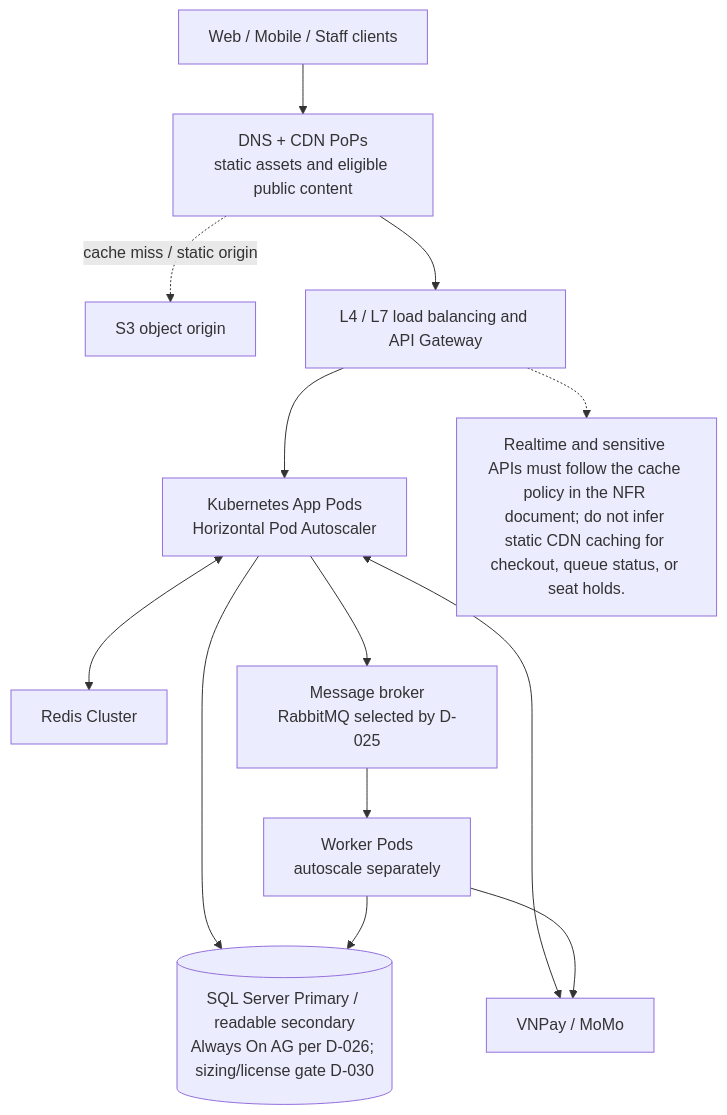
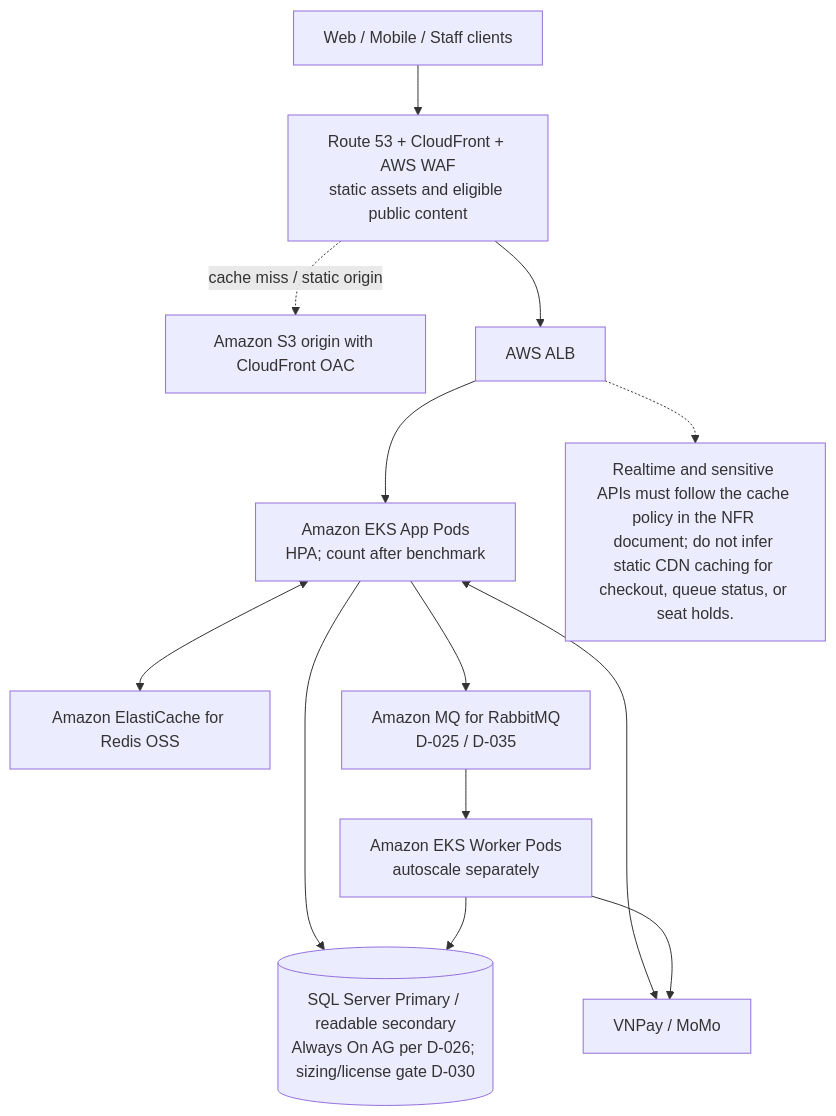
One commit to toanteng11/concert-ticketing-docs changed the diagram in business-analysis/04_Capacity_Planning_And_Resource_Estimation/03_Bandwidth_CDN_And_Server_Estimation.md. Above: the diagram before and after it, drawn with Mermaid. The commit also changed other lines of this file and 43 other files, not shown here.

````diff
--- a/business-analysis/04_Capacity_Planning_And_Resource_Estimation/03_Bandwidth_CDN_And_Server_Estimation.md
+++ b/business-analysis/04_Capacity_Planning_And_Resource_Estimation/03_Bandwidth_CDN_And_Server_Estimation.md
@@ -102,23 +104,23 @@
 ```mermaid
 flowchart TB
   clients["Web / Mobile / Staff clients"]
-  edge["DNS + CDN PoPs<br/>static assets and eligible public content"]
-  origin["S3 object origin"]
-  lb["L4 / L7 load balancing and API Gateway"]
-  app["Kubernetes App Pods<br/>Horizontal Pod Autoscaler"]
-  redis["Redis Cluster"]
+  edge["Route 53 + CloudFront + AWS WAF<br/>static assets and eligible public content"]
+  origin["Amazon S3 origin with CloudFront OAC"]
+  lb["AWS ALB"]
+  app["Amazon EKS App Pods<br/>HPA; count after benchmark"]
+  redis["Amazon ElastiCache for Redis OSS"]
   sql[("SQL Server Primary / readable secondary<br/>Always On AG per D-026; sizing/license gate D-030")]
-  broker["Message broker<br/>RabbitMQ selected by D-025"]
-  worker["Worker Pods<br/>autoscale separately"]
+  broker["Amazon MQ for RabbitMQ<br/>D-025 / D-035"]
+  worker["Amazon EKS Worker Pods<br/>autoscale separately"]
   payments["VNPay / MoMo"]
   clients --> edge --> lb --> app
   edge -.->|cache miss / static origin| origin
   app <--> redis
   app --> sql
   app <--> payments
   app --> broker --> worker
   worker --> payments
   worker --> sql
   note["Realtime and sensitive APIs must follow the cache policy in the NFR document; do not infer static CDN caching for checkout, queue status, or seat holds."]
   lb -.-> note
 ```
````
